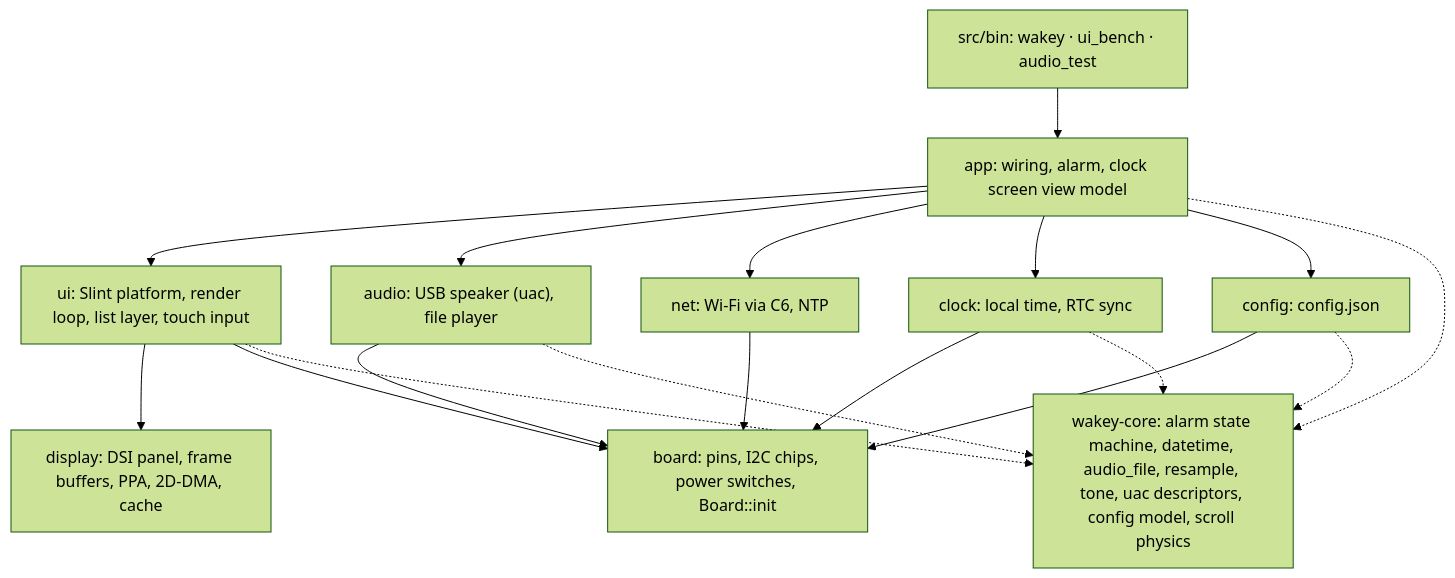
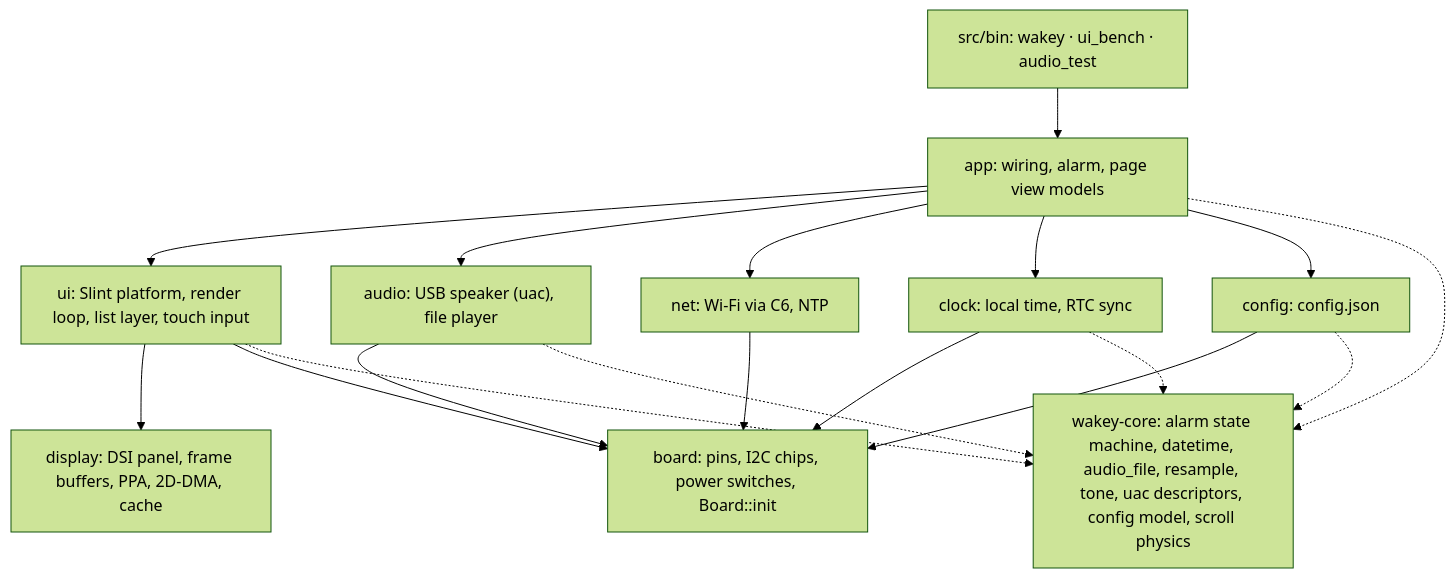
One commit to wackazong/wakey changed the first of 3 diagrams in docs/architecture.md. Above: the diagram before and after it, drawn with Mermaid (forest theme). The commit also changed other lines of this file and 16 other files, not shown here.

First line of the commit message:
feat(alarm): settings page for time and weekdays on the touch screen

````diff
--- a/docs/architecture.md
+++ b/docs/architecture.md
@@ -32,13 +32,13 @@
 ```mermaid
 flowchart TD
     BIN["src/bin: wakey · ui_bench · audio_test"] --> APP
-    APP["app: wiring, alarm, clock screen view model"] --> UI & AUDIO & NET & CLOCK & CONFIG
+    APP["app: wiring, alarm, page view models"] --> UI & AUDIO & NET & CLOCK & CONFIG
     UI["ui: Slint platform, render loop, list layer, touch input"] --> DISPLAY & BOARD
     AUDIO["audio: USB speaker (uac), file player"] --> BOARD
     NET["net: Wi-Fi via C6, NTP"] --> BOARD
     CLOCK["clock: local time, RTC sync"] --> BOARD
     CONFIG["config: config.json"] --> BOARD
     BOARD["board: pins, I2C chips, power switches, Board::init"]
     DISPLAY["display: DSI panel, frame buffers, PPA, 2D-DMA, cache"]
     APP & UI & AUDIO & CLOCK & CONFIG -.-> CORE["wakey-core: alarm state machine, datetime, audio_file, resample, tone, uac descriptors, config model, scroll physics"]
 ```
````
